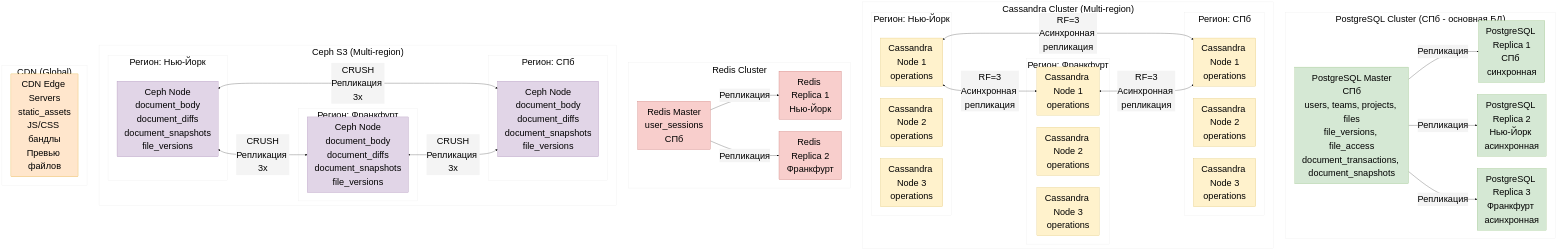
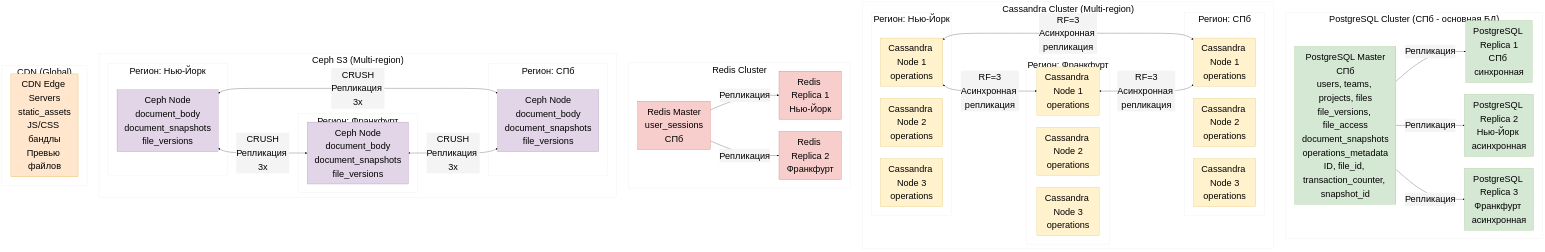
Before and after one commit to alx314vo/highload_figma: the second of 3 diagrams in README.md, drawn with Mermaid. The commit also changed other lines of this file, not shown here.

```diff
--- a/README.md
+++ b/README.md
@@ -455,7 +499,7 @@
 %%{init: {'theme':'base', 'themeVariables': { 'fontSize': '38px', 'primaryColor': '#fff', 'primaryTextColor': '#000', 'primaryBorderColor': '#000', 'lineColor': '#000', 'secondaryColor': '#f4f4f4', 'tertiaryColor': '#fff', 'cScale0': '#fff', 'cScale1': '#fff', 'cScale2': '#fff'}}}%%
 graph TB
     subgraph "PostgreSQL Cluster (СПб - основная БД)"
-        PG_MASTER[PostgreSQL Master<br/>СПб<br/>users, teams, projects, files<br/>file_versions, file_access<br/>document_transactions, document_snapshots]
+        PG_MASTER[PostgreSQL Master<br/>СПб<br/>users, teams, projects, files<br/>file_versions, file_access<br/>document_snapshots<br/>operations_metadata<br/>ID, file_id, transaction_counter, snapshot_id]
         PG_REPLICA1[PostgreSQL Replica 1<br/>СПб синхронная]
         PG_REPLICA2[PostgreSQL Replica 2<br/>Нью-Йорк асинхронная]
         PG_REPLICA3[PostgreSQL Replica 3<br/>Франкфурт асинхронная]
@@ -500,15 +544,15 @@
     
     subgraph "Ceph S3 (Multi-region)"
         subgraph "Регион: Нью-Йорк"
-            CEPH_NY[Ceph Node<br/>document_body<br/>document_diffs<br/>document_snapshots<br/>file_versions]
+            CEPH_NY[Ceph Node<br/>document_body<br/>document_snapshots<br/>file_versions]
         end
         
         subgraph "Регион: Франкфурт"
-            CEPH_FR[Ceph Node<br/>document_body<br/>document_diffs<br/>document_snapshots<br/>file_versions]
+            CEPH_FR[Ceph Node<br/>document_body<br/>document_snapshots<br/>file_versions]
         end
         
         subgraph "Регион: СПб"
-            CEPH_SPB[Ceph Node<br/>document_body<br/>document_diffs<br/>document_snapshots<br/>file_versions]
+            CEPH_SPB[Ceph Node<br/>document_body<br/>document_snapshots<br/>file_versions]
         end
         
         CEPH_NY <-->|CRUSH<br/>Репликация 3x| CEPH_FR
```
